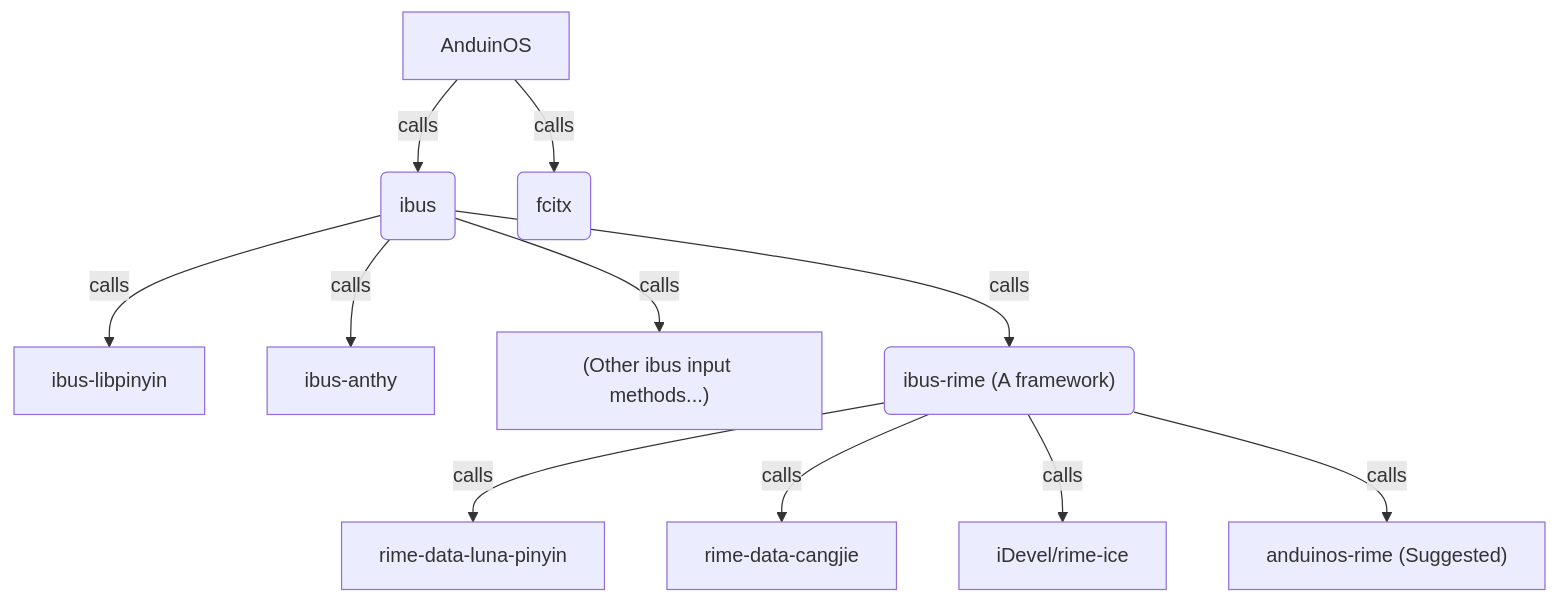
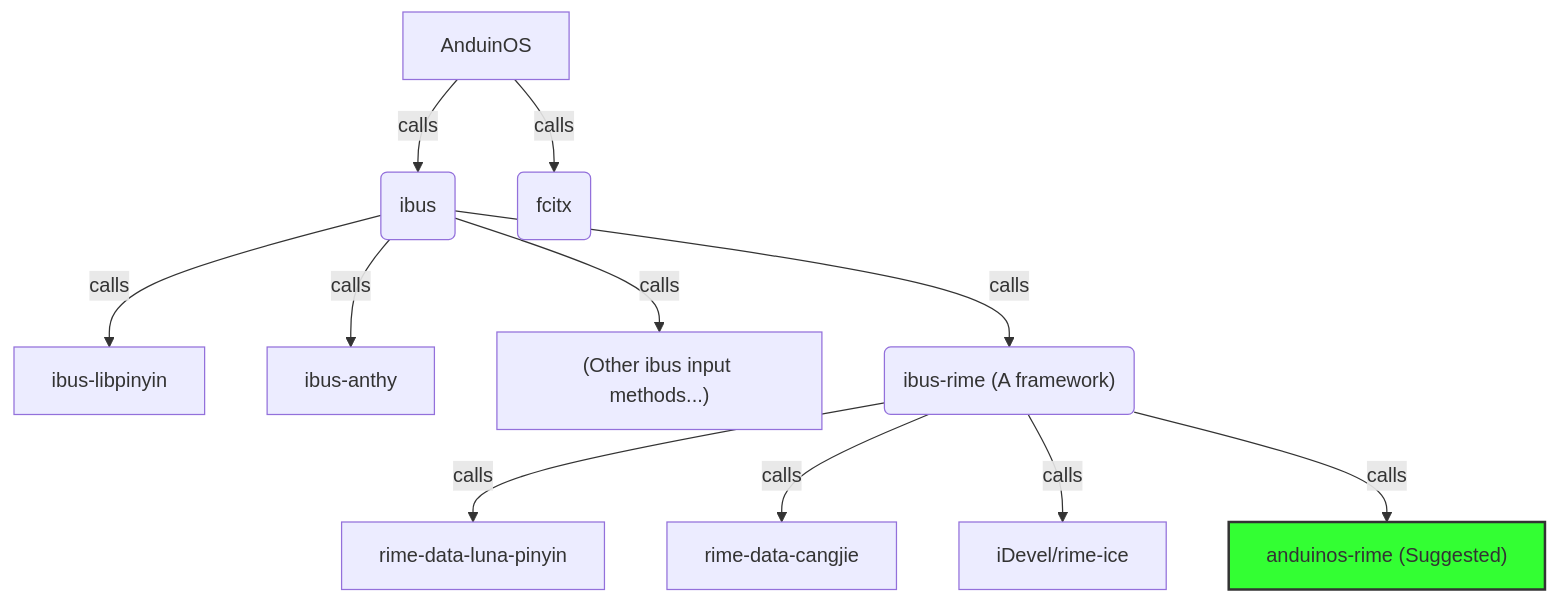
The diagram in Install/Install-Input-Method.md (Anduin2017/AnduinOS-Docs), drawn with Mermaid before and after one commit. The commit also changed other lines of this file and 1 other file, not shown here.

Commit message:
chore: Update input method installation guide with clearer instructions

````diff
--- a/Install/Install-Input-Method.md
+++ b/Install/Install-Input-Method.md
@@ -21,13 +21,15 @@
 ```mermaid
 flowchart TD
     Aos[AnduinOS] -->|calls| Ibs(ibus)
     Aos[AnduinOS] -->|calls| Fcitx(fcitx)
     Ibs -->|calls| Pin[ibus-libpinyin]
     Ibs -->|calls| Anthy[ibus-anthy]
     Ibs -->|calls| Oth["(Other ibus input methods...)"]
     Ibs -->|calls| Rime("ibus-rime (A framework)")
     Rime -->|calls| Luna[rime-data-luna-pinyin]
     Rime -->|calls| Cangjie[rime-data-cangjie]
     Rime -->|calls| Ice[iDevel/rime-ice]
     Rime -->|calls| Arime["anduinos-rime (Suggested)"]
+
+    style Arime fill:#3f3,stroke:#333,stroke-width:2px
 ```
````
